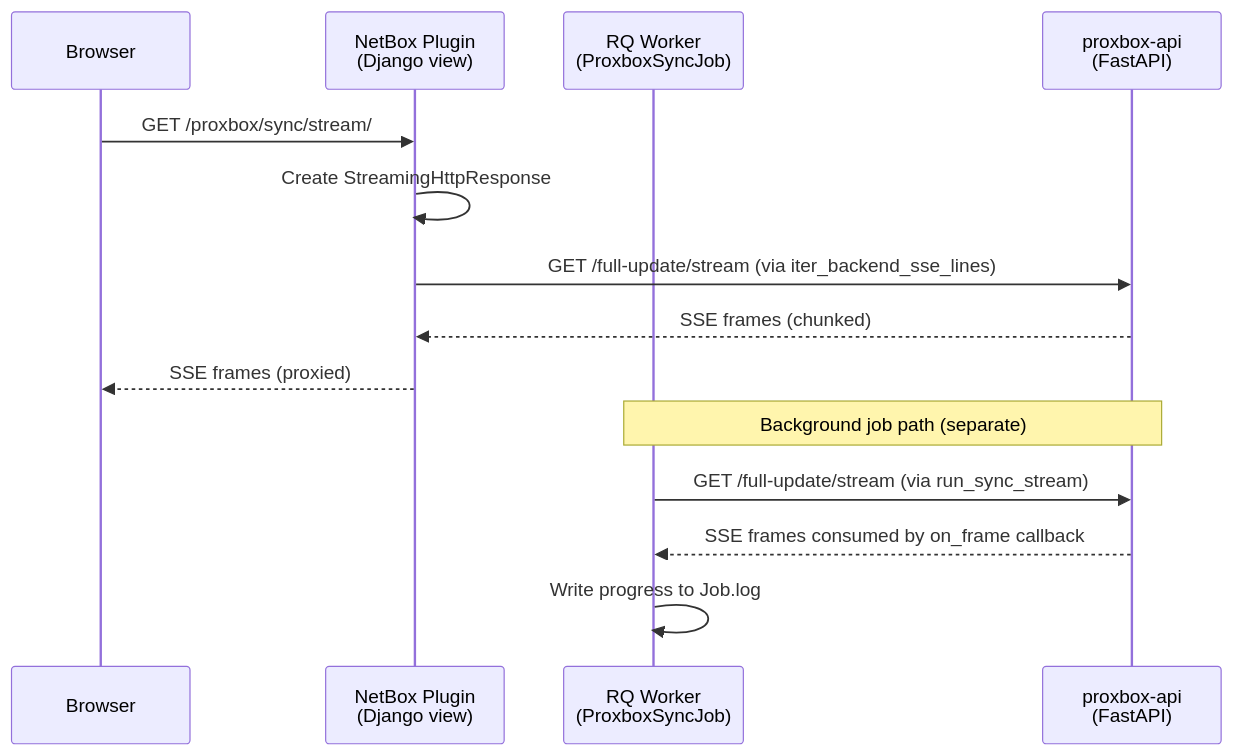
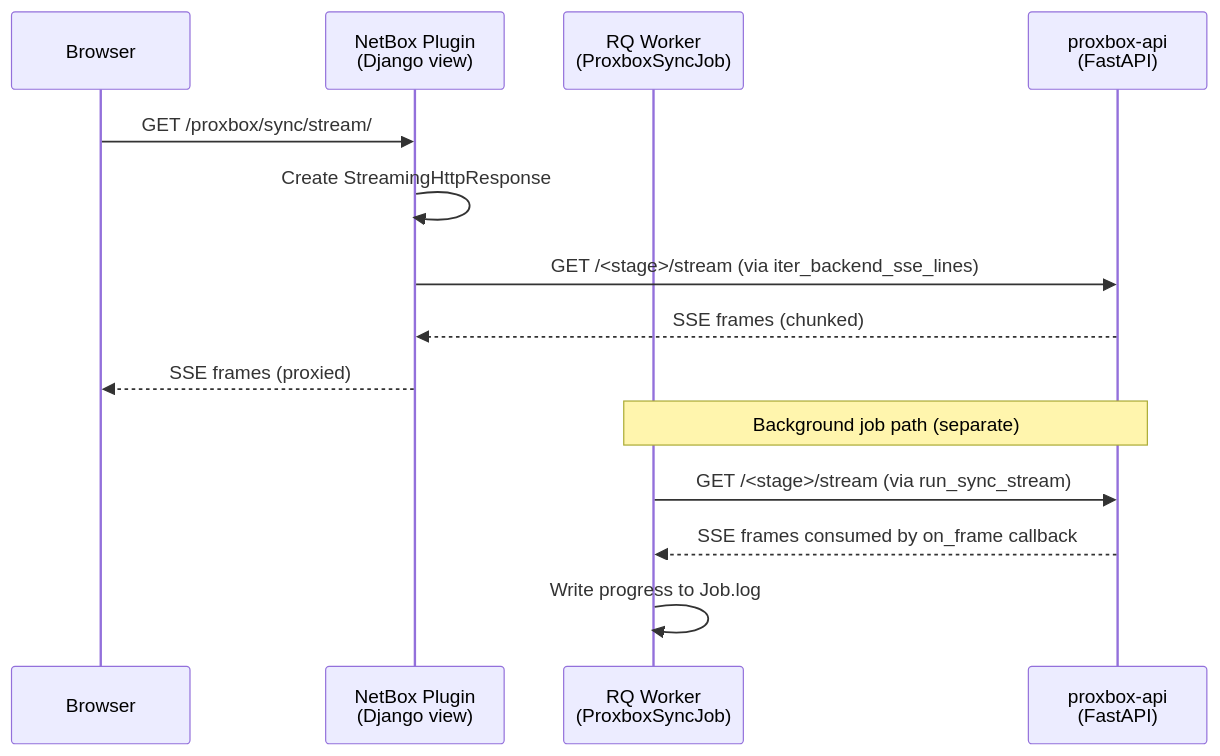
One commit to emersonfelipesp/netbox-proxbox changed the first of 2 diagrams in docs/developer/streaming-protocol.md. Above: the diagram before and after it, drawn with Mermaid. The commit also changed other lines of this file and 45 other files, not shown here.

````diff
--- a/docs/developer/streaming-protocol.md
+++ b/docs/developer/streaming-protocol.md
@@ -135,18 +135,18 @@
 ```mermaid
 sequenceDiagram
     participant Browser
     participant NB as NetBox Plugin<br/>(Django view)
     participant RQ as RQ Worker<br/>(ProxboxSyncJob)
     participant API as proxbox-api<br/>(FastAPI)
 
     Browser->>NB: GET /proxbox/sync/stream/
     NB->>NB: Create StreamingHttpResponse
-    NB->>API: GET /full-update/stream (via iter_backend_sse_lines)
+    NB->>API: GET /<stage>/stream (via iter_backend_sse_lines)
     API-->>NB: SSE frames (chunked)
     NB-->>Browser: SSE frames (proxied)
 
     note over RQ,API: Background job path (separate)
-    RQ->>API: GET /full-update/stream (via run_sync_stream)
+    RQ->>API: GET /<stage>/stream (via run_sync_stream)
     API-->>RQ: SSE frames consumed by on_frame callback
     RQ->>RQ: Write progress to Job.log
 ```
````
